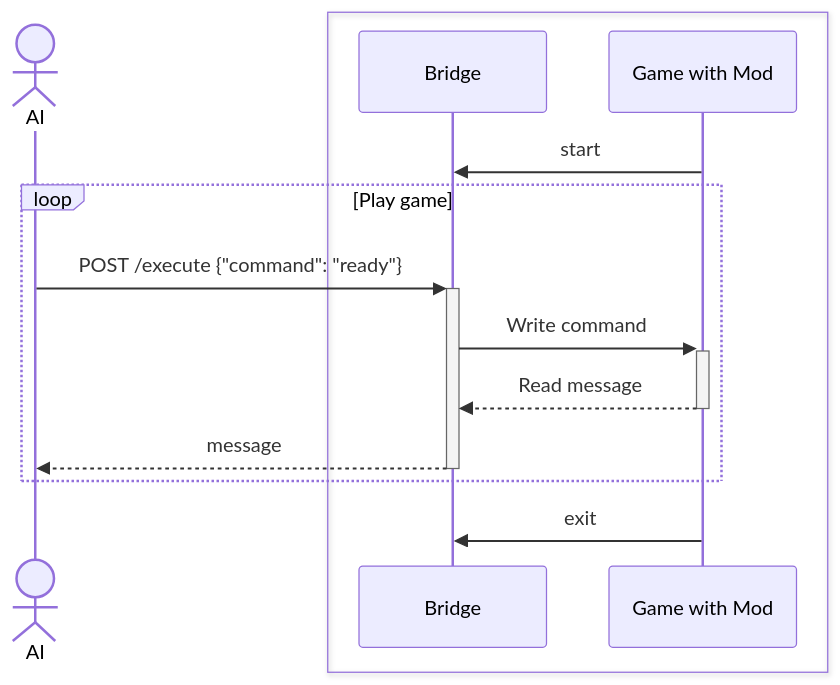
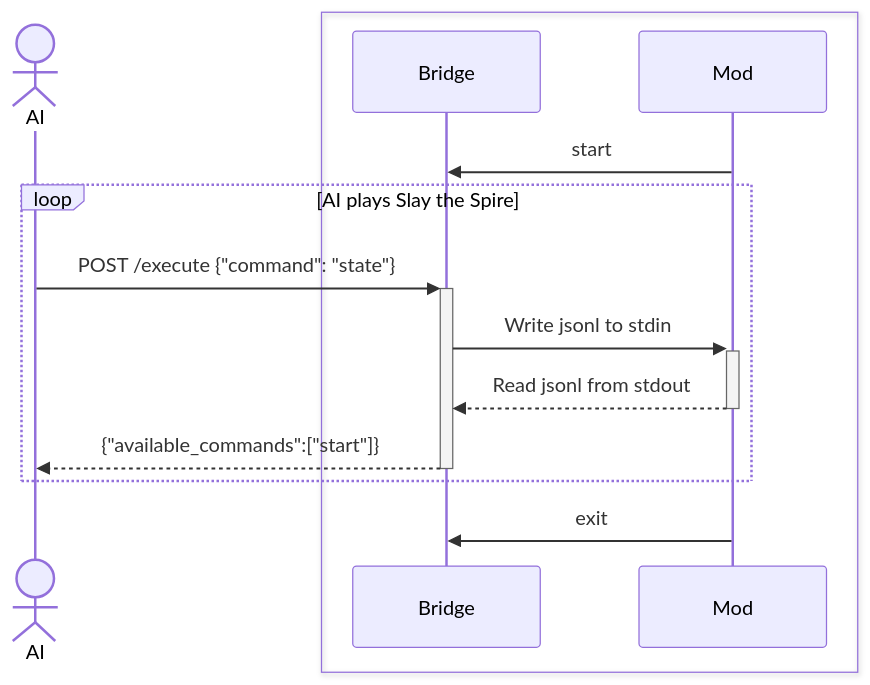
The first of 2 diagrams in README.md (harryplusplus/ai-plays-slay-the-spire), drawn with Mermaid before and after one commit. The commit also changed other lines of this file and 5 other files, not shown here.

Commit message:
Refactor bridge package: remove command handling, simplify message processing, and update README for clarity

````diff
--- a/README.md
+++ b/README.md
@@ -48,20 +31,20 @@
 ```mermaid
 sequenceDiagram
 
 actor ai as AI
 box
     participant bridge as Bridge
-    participant mod as Game with Mod
+    participant mod as Mod
 end
 
 mod->>bridge: start
 
-loop Play game
-    ai->>+bridge: POST /execute {"command": "ready"}
-    bridge->>+mod: Write command
-    mod-->>-bridge: Read message
-    bridge-->>-ai: message
+loop AI plays Slay the Spire
+    ai->>+bridge: POST /execute {"command": "state"}
+    bridge->>+mod: Write jsonl to stdin
+    mod-->>-bridge: Read jsonl from stdout
+    bridge-->>-ai: {"available_commands":["start"]}
 end
 
 mod->>bridge: exit
 ```
````
